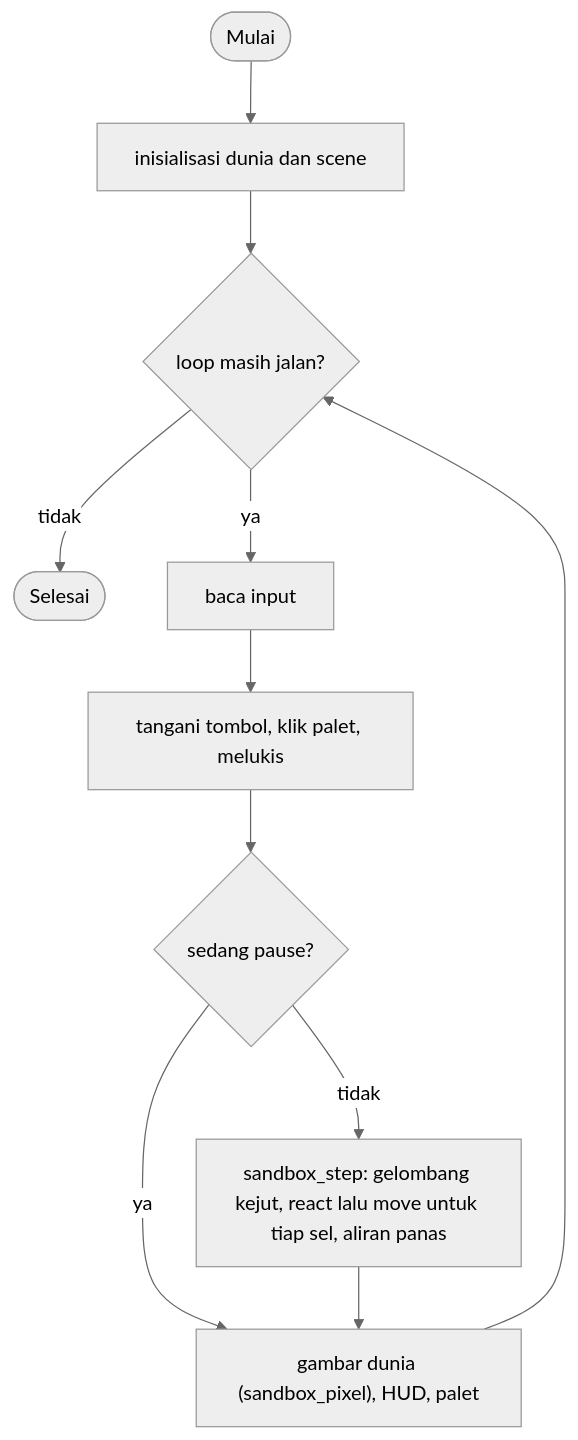
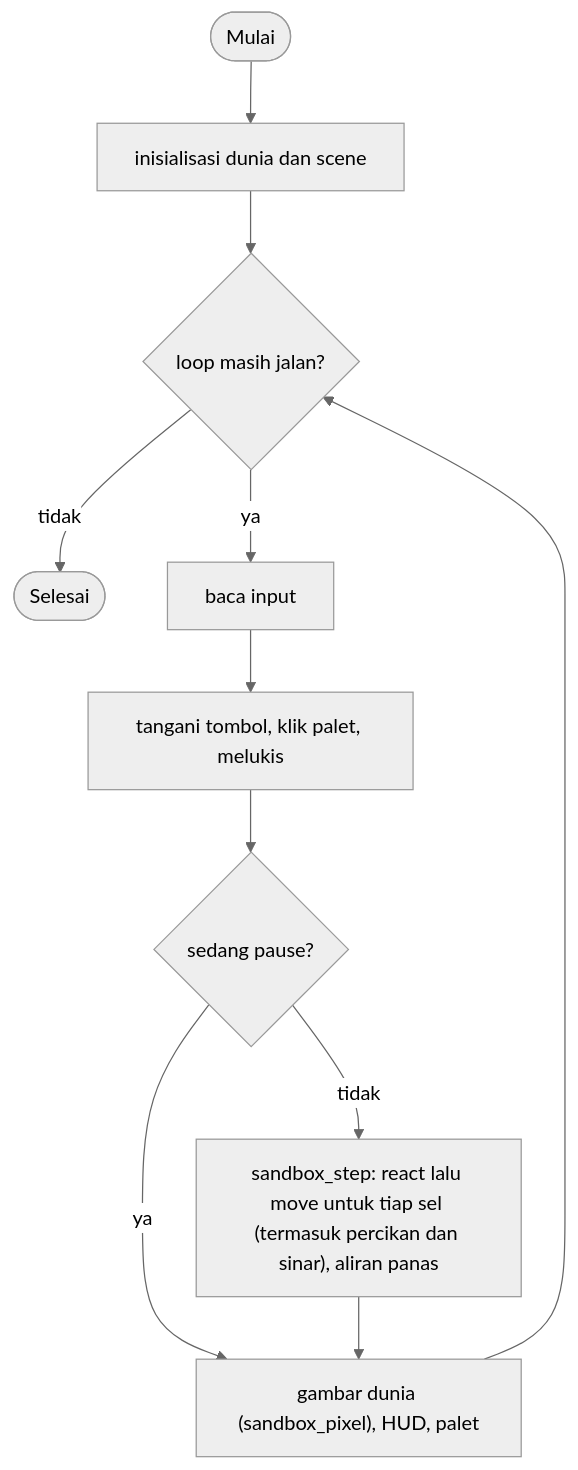
The first of 3 diagrams in deferred/sandbox/GAME.md (zaxx-q/arCade), drawn with Mermaid (neutral theme) before and after one commit. The commit also changed other lines of this file and 27 other files, not shown here.

````diff
--- a/deferred/sandbox/GAME.md
+++ b/deferred/sandbox/GAME.md
@@ -351,13 +398,13 @@
 ```mermaid
 flowchart TD
     A([Mulai]) --> B["inisialisasi dunia dan scene"]
     B --> C{"loop masih jalan?"}
     C -- tidak --> Z([Selesai])
     C -- ya --> D[baca input]
     D --> E["tangani tombol, klik palet, melukis"]
     E --> F{"sedang pause?"}
-    F -- tidak --> G["sandbox_step: gelombang kejut, react lalu move untuk tiap sel, aliran panas"]
+    F -- tidak --> G["sandbox_step: react lalu move untuk tiap sel (termasuk percikan dan sinar), aliran panas"]
     F -- ya --> H["gambar dunia (sandbox_pixel), HUD, palet"]
     G --> H
     H --> C
 ```
````
